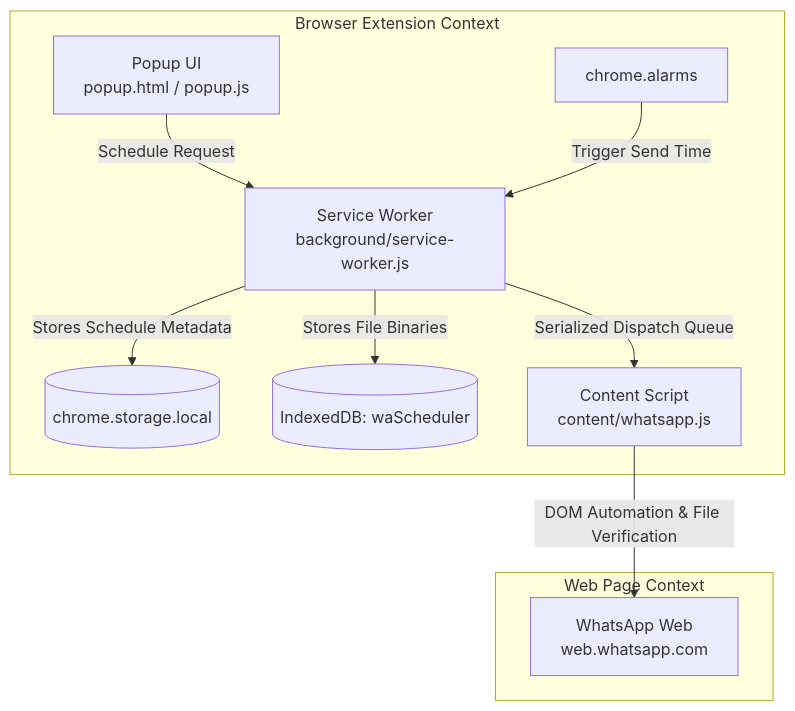
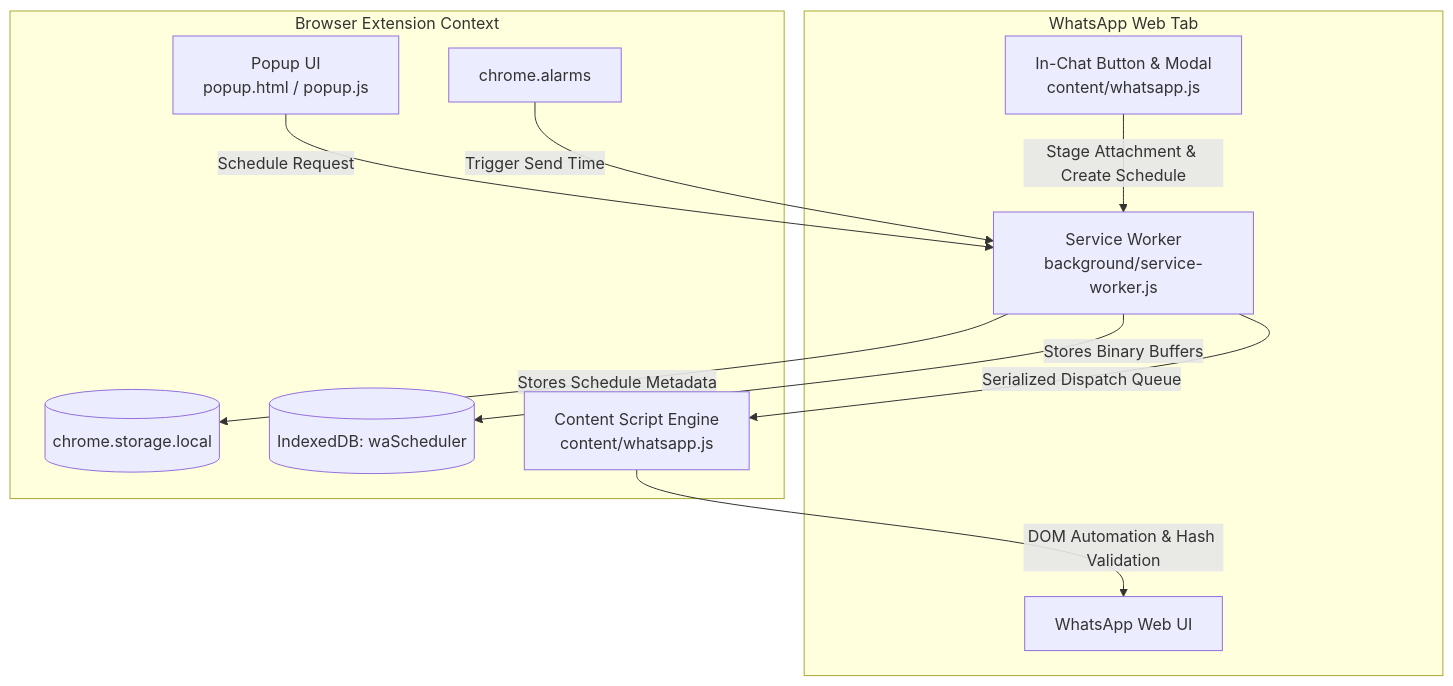
Before and after one commit to PannagaJA/Whatsapp-Scheduler: the diagram in README.md, drawn with Mermaid. The commit also changed other lines of this file, not shown here.

Commit message:
docs: update README with v1.4.40 in-chat scheduling features and architecture details

````diff
--- a/README.md
+++ b/README.md
@@ -47,14 +54,17 @@
 ```mermaid
 graph TD
+    subgraph WhatsApp Web Tab
+        INCHAT[In-Chat Button & Modal<br/>content/whatsapp.js] -->|Stage Attachment & Create Schedule| SW[Service Worker<br/>background/service-worker.js]
+        WA[WhatsApp Web UI]
+    end
+
     subgraph Browser Extension Context
-        UI[Popup UI<br/>popup.html / popup.js] -->|Schedule Request| SW[Service Worker<br/>background/service-worker.js]
+        POPUP[Popup UI<br/>popup.html / popup.js] -->|Schedule Request| SW
         SW -->|Stores Schedule Metadata| CS[(chrome.storage.local)]
-        SW -->|Stores File Binaries| IDB[(IndexedDB: waScheduler)]
+        SW -->|Stores Binary Buffers| IDB[(IndexedDB: waScheduler)]
         ALARM[chrome.alarms] -->|Trigger Send Time| SW
-        SW -->|Serialized Dispatch Queue| SCRIPT[Content Script<br/>content/whatsapp.js]
+        SW -->|Serialized Dispatch Queue| SCRIPT[Content Script Engine<br/>content/whatsapp.js]
     end
     
-    subgraph Web Page Context
-        SCRIPT -->|DOM Automation & File Verification| WA[WhatsApp Web<br/>web.whatsapp.com]
-    end
+    SCRIPT -->|DOM Automation & Hash Validation| WA
 ```
````
